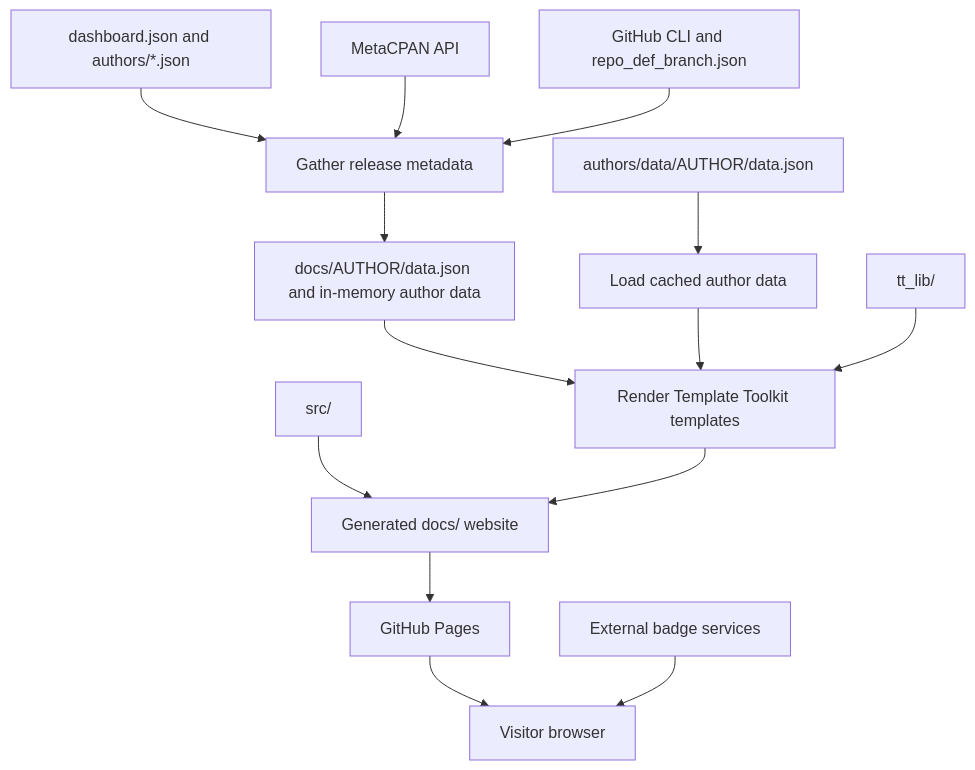
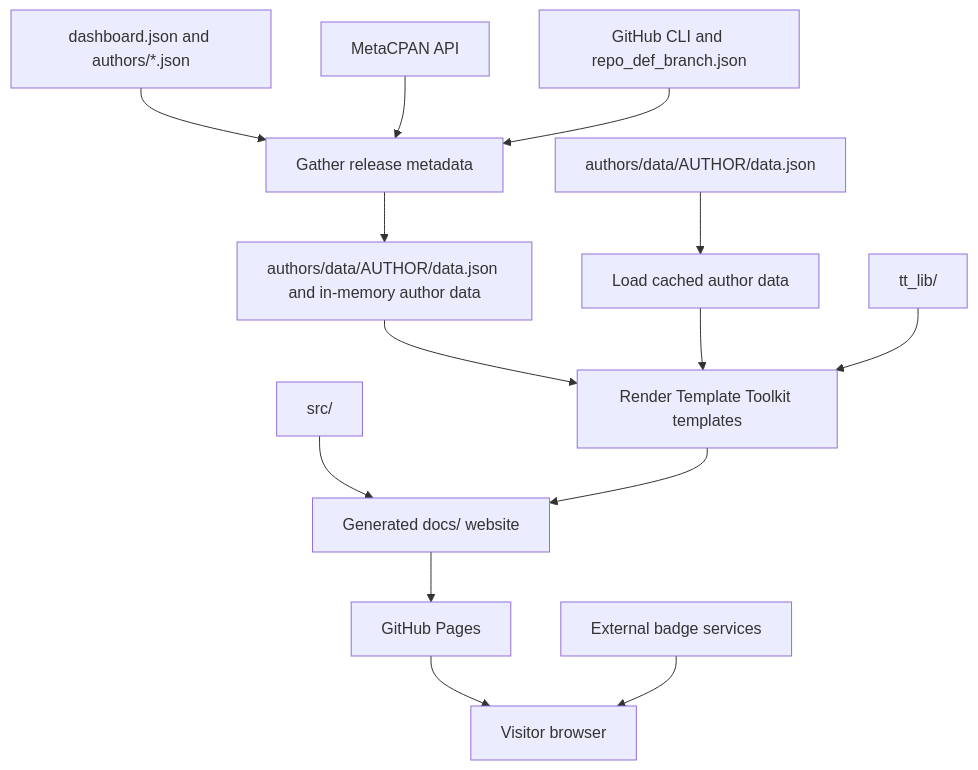
Before and after one commit to PerlToolsTeam/dashboard: the diagram in REPO_OVERVIEW.md, drawn with Mermaid. The commit also changed other lines of this file and 6 other files, not shown here.

````diff
--- a/REPO_OVERVIEW.md
+++ b/REPO_OVERVIEW.md
@@ -21,16 +21,16 @@
 ```mermaid
 flowchart TD
     Config[dashboard.json and authors/*.json] --> Gather[Gather release metadata]
     Meta[MetaCPAN API] --> Gather
     GitHub[GitHub CLI and repo_def_branch.json] --> Gather
-    Gather --> Live[docs/AUTHOR/data.json and in-memory author data]
+    Gather --> Live[authors/data/AUTHOR/data.json and in-memory author data]
     Snapshots[authors/data/AUTHOR/data.json] --> Cached[Load cached author data]
     Live --> Render[Render Template Toolkit templates]
     Cached --> Render
     Templates[tt_lib/] --> Render
     Static[src/] --> Output[Generated docs/ website]
     Render --> Output
     Output --> Pages[GitHub Pages]
     Pages --> Browser[Visitor browser]
     Services[External badge services] --> Browser
 ```
````
